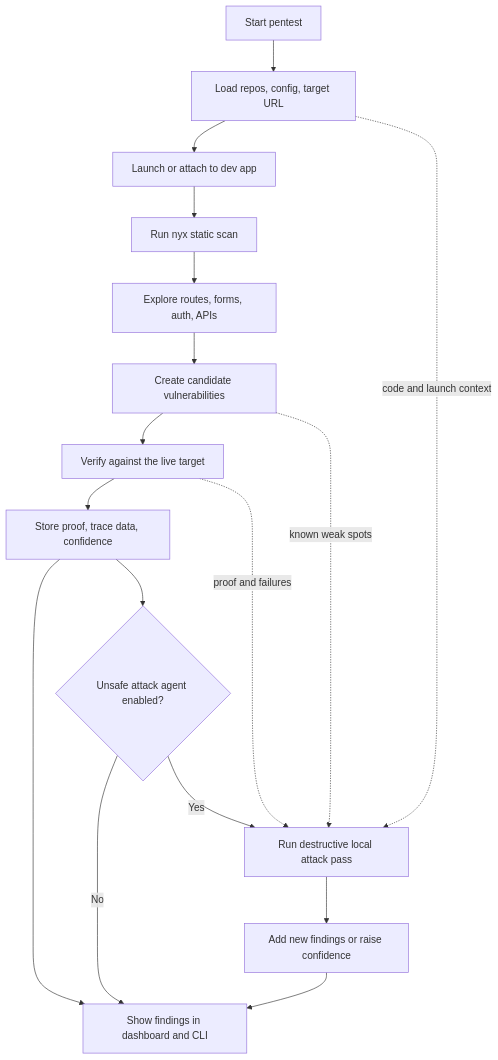
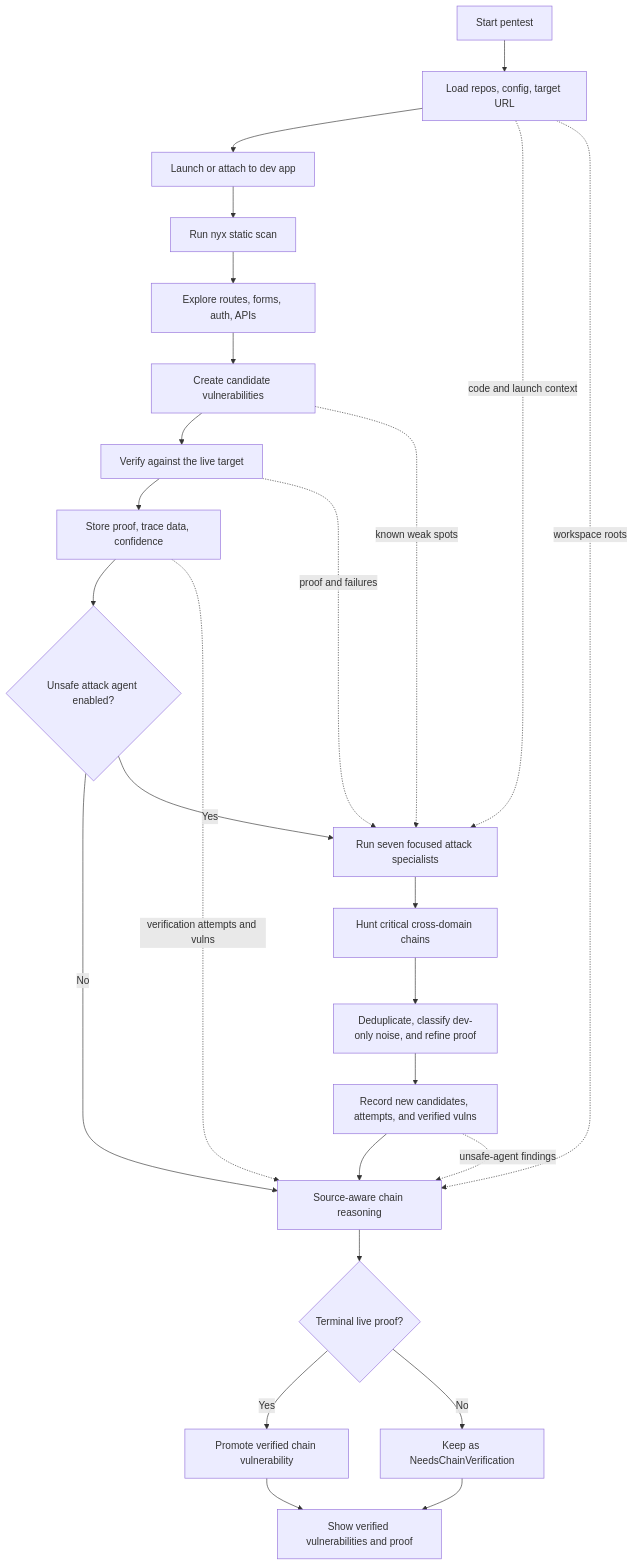
Before and after one commit to nyx-sec/nyctos: the diagram in README.md, drawn with Mermaid. The commit also changed other lines of this file and 11 other files, not shown here.

First line of the commit message:
feat(attack-agent): enhance attack agent with profiles, vulnerability merging, and dev-only noise triage

````diff
--- a/README.md
+++ b/README.md
@@ -49,21 +50,31 @@
 ```mermaid
 flowchart TD
     Start["Start pentest"] --> Scope["Load repos, config, target URL"]
     Scope --> Launch["Launch or attach to dev app"]
     Launch --> Static["Run nyx static scan"]
     Static --> Explore["Explore routes, forms, auth, APIs"]
     Explore --> Candidates["Create candidate vulnerabilities"]
     Candidates --> Verify["Verify against the live target"]
     Verify --> Evidence["Store proof, trace data, confidence"]
-    Evidence --> Triage["Show findings in dashboard and CLI"]
 
     Evidence --> AttackGate{"Unsafe attack agent enabled?"}
-    AttackGate -- "No" --> Triage
-    AttackGate -- "Yes" --> Attack["Run destructive local attack pass"]
-    Attack --> Promote["Add new findings or raise confidence"]
-    Promote --> Triage
+    AttackGate -- "No" --> Chain["Source-aware chain reasoning"]
+    AttackGate -- "Yes" --> Specialists["Run seven focused attack specialists"]
+    Specialists --> Hunter["Hunt critical cross-domain chains"]
+    Hunter --> AttackTriage["Deduplicate, classify dev-only noise, and refine proof"]
+    AttackTriage --> Promote["Record new candidates, attempts, and verified vulns"]
+    Promote --> Chain
 
-    Scope -. "code and launch context" .-> Attack
-    Candidates -. "known weak spots" .-> Attack
-    Verify -. "proof and failures" .-> Attack
+    Chain --> ChainDecision{"Terminal live proof?"}
+    ChainDecision -- "Yes" --> VerifiedChain["Promote verified chain vulnerability"]
+    ChainDecision -- "No" --> NeedsChainVerify["Keep as NeedsChainVerification"]
+    VerifiedChain --> Triage["Show verified vulnerabilities and proof"]
+    NeedsChainVerify --> Triage
+
+    Scope -. "code and launch context" .-> Specialists
+    Candidates -. "known weak spots" .-> Specialists
+    Verify -. "proof and failures" .-> Specialists
+    Scope -. "workspace roots" .-> Chain
+    Evidence -. "verification attempts and vulns" .-> Chain
+    Promote -. "unsafe-agent findings" .-> Chain
 ```
````
